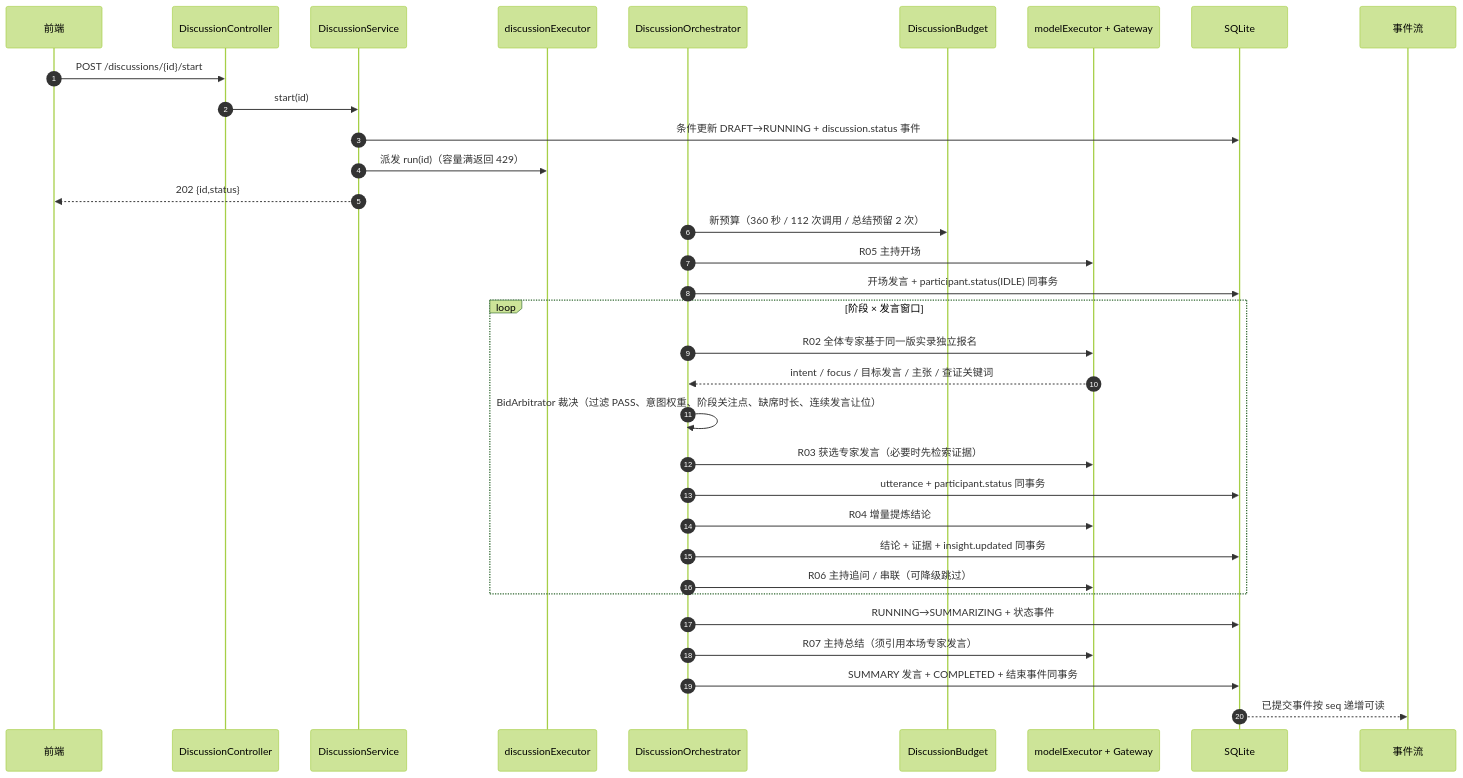
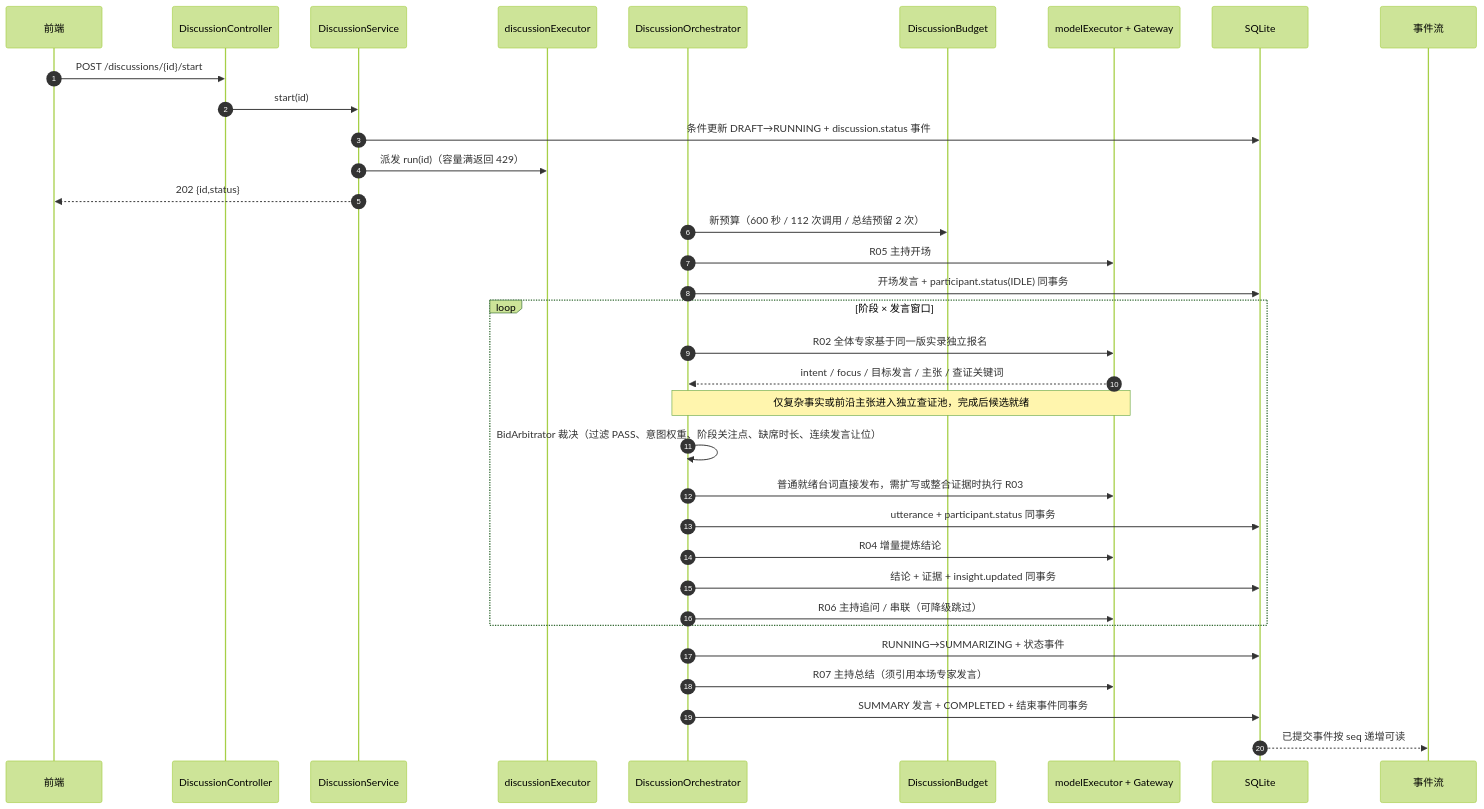
The third of 4 diagrams in docs/architecture.md (Sky-Cube/RoundtableDiscussion), drawn with Mermaid (forest theme) before and after one commit. The commit also changed other lines of this file and 25 other files, not shown here.

````diff
--- a/docs/architecture.md
+++ b/docs/architecture.md
@@ -108,37 +108,38 @@
 ```mermaid
 sequenceDiagram
     autonumber
     participant FE as 前端
     participant C as DiscussionController
     participant S as DiscussionService
     participant EX as discussionExecutor
     participant O as DiscussionOrchestrator
     participant B as DiscussionBudget
     participant M as modelExecutor + Gateway
     participant DB as SQLite
     participant E as 事件流
 
     FE->>C: POST /discussions/{id}/start
     C->>S: start(id)
     S->>DB: 条件更新 DRAFT→RUNNING + discussion.status 事件
     S->>EX: 派发 run(id)（容量满返回 429）
     S-->>FE: 202 {id,status}
 
-    O->>B: 新预算（360 秒 / 112 次调用 / 总结预留 2 次）
+    O->>B: 新预算（600 秒 / 112 次调用 / 总结预留 2 次）
     O->>M: R05 主持开场
     O->>DB: 开场发言 + participant.status(IDLE) 同事务
     loop 阶段 × 发言窗口
         O->>M: R02 全体专家基于同一版实录独立报名
         M-->>O: intent / focus / 目标发言 / 主张 / 查证关键词
+        Note over O,M: 仅复杂事实或前沿主张进入独立查证池，完成后候选就绪
         O->>O: BidArbitrator 裁决（过滤 PASS、意图权重、阶段关注点、缺席时长、连续发言让位）
-        O->>M: R03 获选专家发言（必要时先检索证据）
+        O->>M: 普通就绪台词直接发布，需扩写或整合证据时执行 R03
         O->>DB: utterance + participant.status 同事务
         O->>M: R04 增量提炼结论
         O->>DB: 结论 + 证据 + insight.updated 同事务
         O->>M: R06 主持追问 / 串联（可降级跳过）
     end
     O->>DB: RUNNING→SUMMARIZING + 状态事件
     O->>M: R07 主持总结（须引用本场专家发言）
     O->>DB: SUMMARY 发言 + COMPLETED + 结束事件同事务
     DB-->>E: 已提交事件按 seq 递增可读
 ```
````
